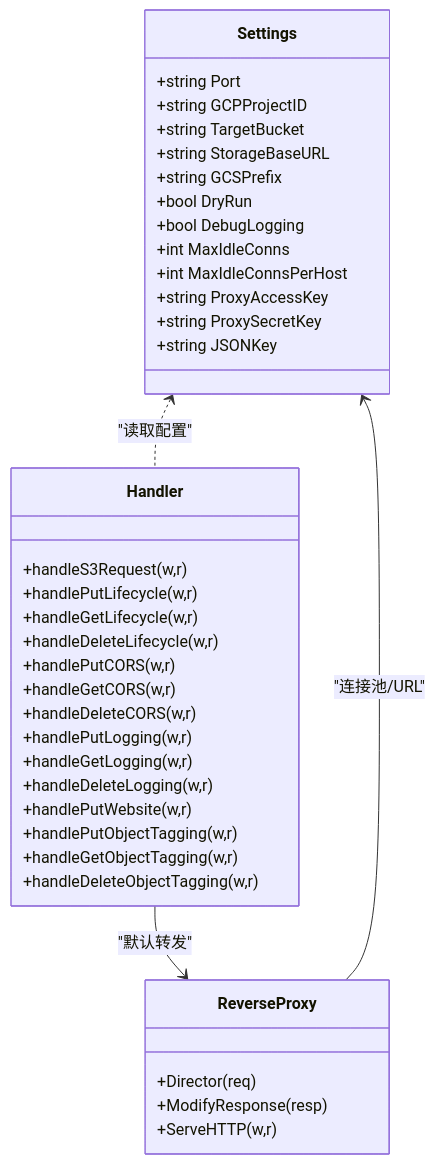
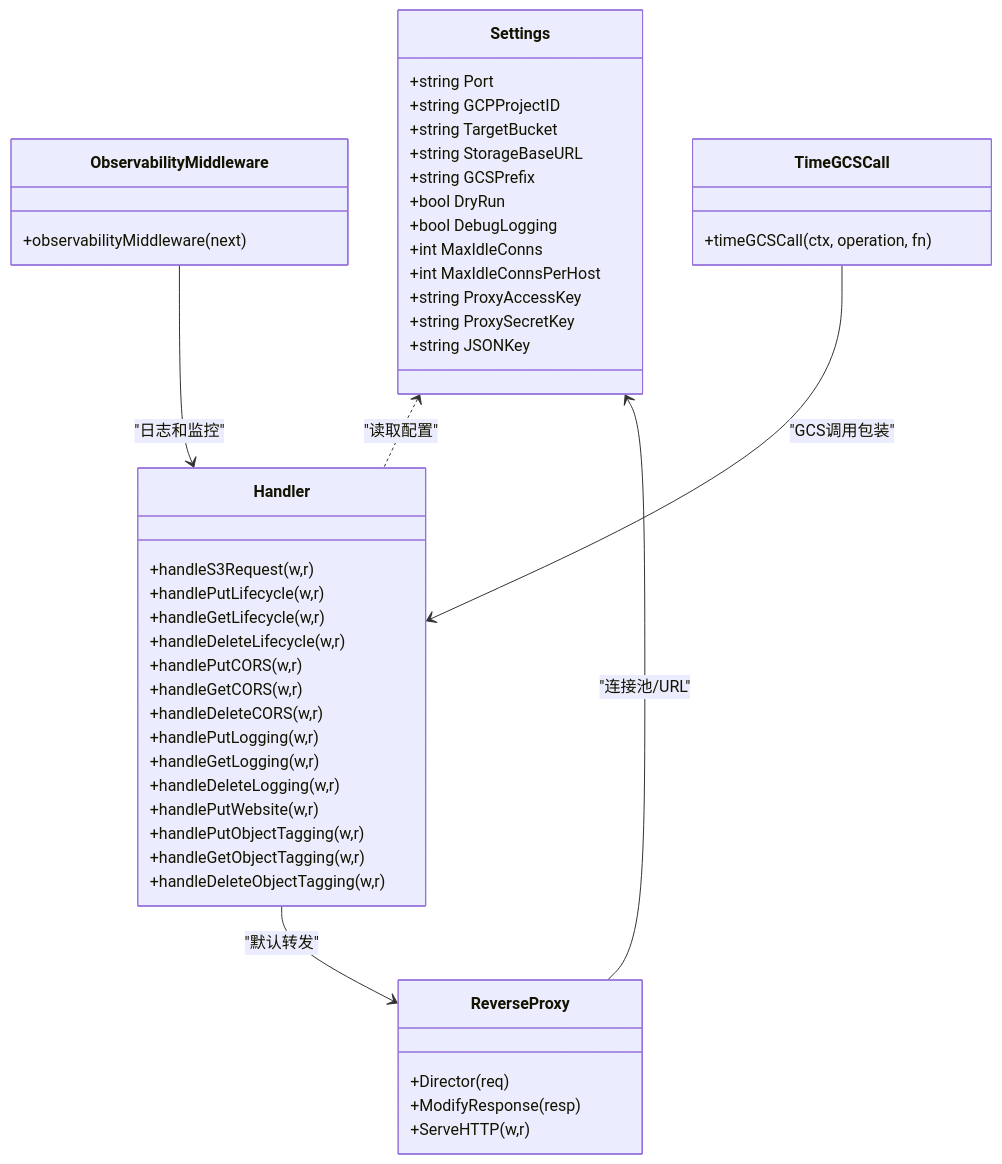
Before and after one commit to flying1574/S3Proxy4GCS: the fourth of 5 diagrams in .qoder/repowiki/zh/content/核心功能/反向代理核心.md, drawn with Mermaid. The commit also changed other lines of this file and 5 other files, not shown here.

````diff
--- a/.qoder/repowiki/zh/content/核心功能/反向代理核心.md
+++ b/.qoder/repowiki/zh/content/核心功能/反向代理核心.md
@@ -225,41 +276,49 @@
 ```mermaid
 classDiagram
 class Settings {
 +string Port
 +string GCPProjectID
 +string TargetBucket
 +string StorageBaseURL
 +string GCSPrefix
 +bool DryRun
 +bool DebugLogging
 +int MaxIdleConns
 +int MaxIdleConnsPerHost
 +string ProxyAccessKey
 +string ProxySecretKey
 +string JSONKey
 }
 class Handler {
 +handleS3Request(w,r)
 +handlePutLifecycle(w,r)
 +handleGetLifecycle(w,r)
 +handleDeleteLifecycle(w,r)
 +handlePutCORS(w,r)
 +handleGetCORS(w,r)
 +handleDeleteCORS(w,r)
 +handlePutLogging(w,r)
 +handleGetLogging(w,r)
 +handleDeleteLogging(w,r)
 +handlePutWebsite(w,r)
 +handlePutObjectTagging(w,r)
 +handleGetObjectTagging(w,r)
 +handleDeleteObjectTagging(w,r)
 }
 class ReverseProxy {
 +Director(req)
 +ModifyResponse(resp)
 +ServeHTTP(w,r)
 }
+class ObservabilityMiddleware {
++observabilityMiddleware(next)
+}
+class TimeGCSCall {
++timeGCSCall(ctx, operation, fn)
+}
 Settings <.. Handler : "读取配置"
 Handler --> ReverseProxy : "默认转发"
 ReverseProxy --> Settings : "连接池/URL"
+ObservabilityMiddleware --> Handler : "日志和监控"
+TimeGCSCall --> Handler : "GCS调用包装"
 ```
````
